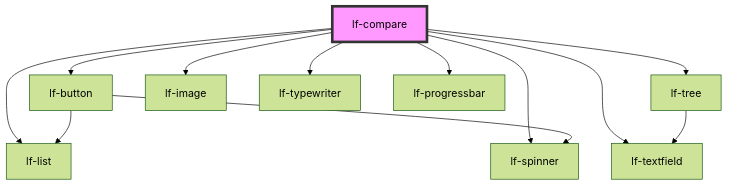
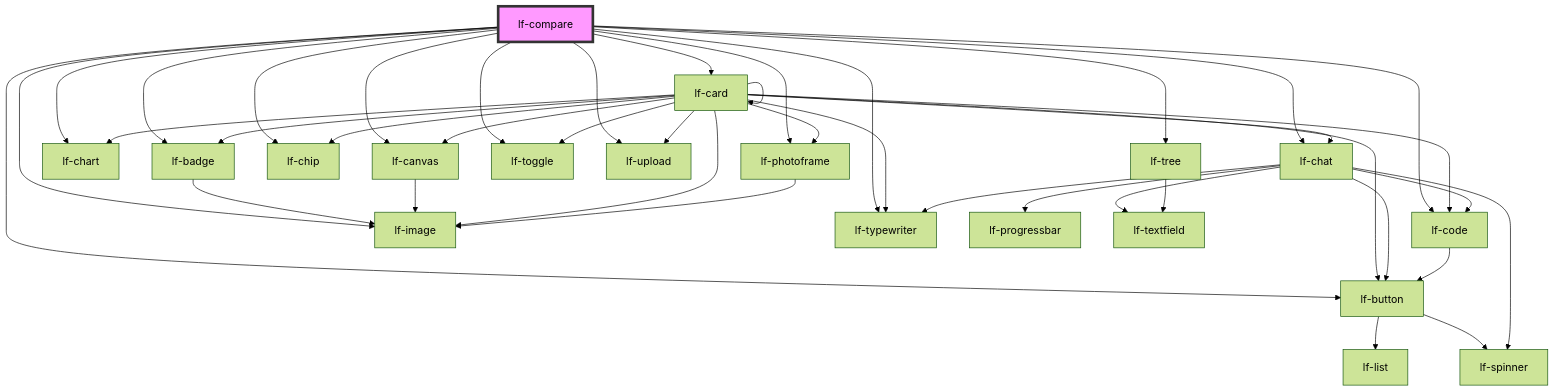
The diagram in packages/core/src/components/lf-compare/readme.md (lucafoscili/lf-widgets), drawn with Mermaid (forest theme) before and after one commit. The commit also changed other lines of this file and 68 other files, not shown here.

````diff
--- a/packages/core/src/components/lf-compare/readme.md
+++ b/packages/core/src/components/lf-compare/readme.md
@@ -114,15 +120,44 @@
 ```mermaid
 graph TD;
+  lf-compare --> lf-badge
   lf-compare --> lf-button
+  lf-compare --> lf-canvas
+  lf-compare --> lf-card
+  lf-compare --> lf-chart
+  lf-compare --> lf-chat
+  lf-compare --> lf-chip
+  lf-compare --> lf-code
+  lf-compare --> lf-image
+  lf-compare --> lf-photoframe
+  lf-compare --> lf-toggle
+  lf-compare --> lf-typewriter
+  lf-compare --> lf-upload
   lf-compare --> lf-tree
-  lf-compare --> lf-list
-  lf-compare --> lf-spinner
-  lf-compare --> lf-image
-  lf-compare --> lf-typewriter
-  lf-compare --> lf-progressbar
-  lf-compare --> lf-textfield
+  lf-badge --> lf-image
   lf-button --> lf-list
   lf-button --> lf-spinner
+  lf-canvas --> lf-image
+  lf-card --> lf-badge
+  lf-card --> lf-button
+  lf-card --> lf-canvas
+  lf-card --> lf-card
+  lf-card --> lf-chart
+  lf-card --> lf-chat
+  lf-card --> lf-chip
+  lf-card --> lf-code
+  lf-card --> lf-image
+  lf-card --> lf-photoframe
+  lf-card --> lf-toggle
+  lf-card --> lf-typewriter
+  lf-card --> lf-upload
+  lf-chat --> lf-spinner
+  lf-chat --> lf-code
+  lf-chat --> lf-button
+  lf-chat --> lf-typewriter
+  lf-chat --> lf-progressbar
+  lf-chat --> lf-textfield
+  lf-code --> lf-button
+  lf-photoframe --> lf-image
   lf-tree --> lf-textfield
   style lf-compare fill:#f9f,stroke:#333,stroke-width:4px
 ```
````
